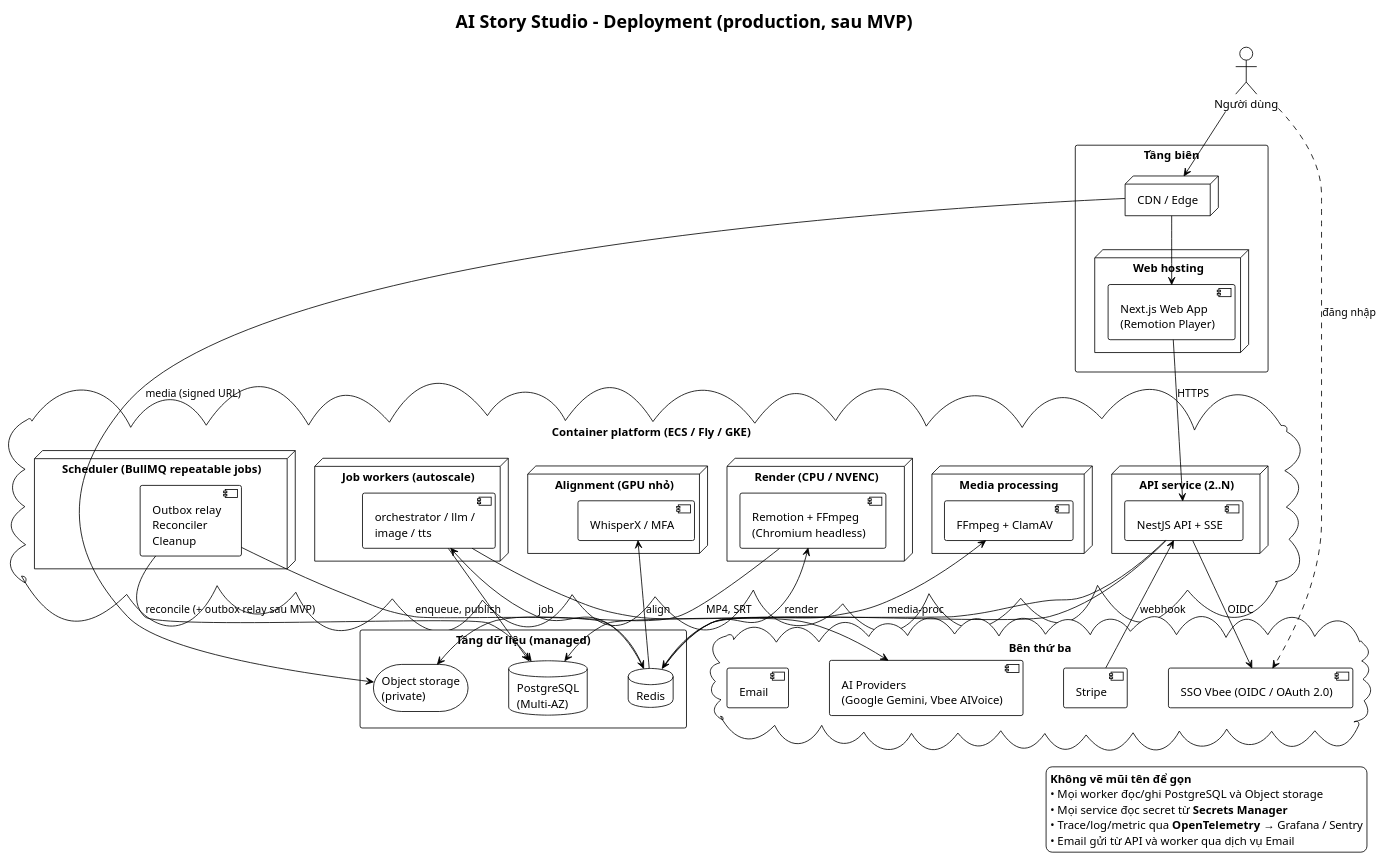
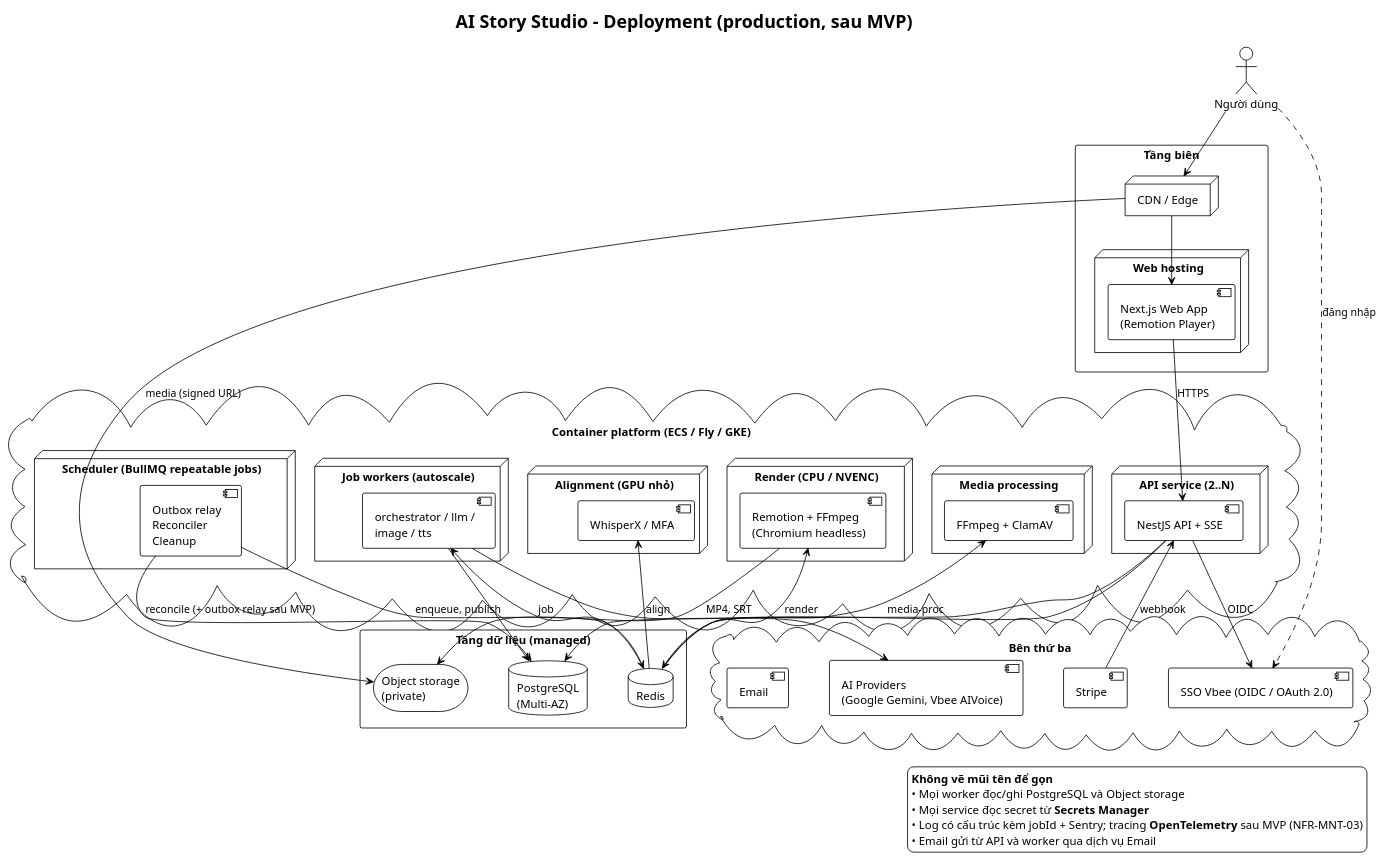
The diagram in demo-c2story/so-do/03-kien-truc/deployment.puml (202416852-anhpv/story2video-docs), drawn with PlantUML before and after one commit. The commit also changed 55 other files, not shown here.

```diff
--- a/demo-c2story/so-do/03-kien-truc/deployment.puml
+++ b/demo-c2story/so-do/03-kien-truc/deployment.puml
@@ -1,77 +1,77 @@
 @startuml Deployment
 !theme plain
 skinparam defaultFontName "Segoe UI"
 skinparam nodesep 50
 skinparam ranksep 50
 title AI Story Studio - Deployment (production, sau MVP)
 
 actor "Người dùng" as U
 
 rectangle "Tầng biên" {
     node "CDN / Edge" as cdn
     node "Web hosting" as webhost {
         component "Next.js Web App\n(Remotion Player)" as web
     }
 }
 
 cloud "Container platform (ECS / Fly / GKE)" {
     node "API service (2..N)" {
         component "NestJS API + SSE" as api
     }
     node "Scheduler (BullMQ repeatable jobs)" {
         component "Outbox relay\nReconciler\nCleanup" as sched
     }
     node "Job workers (autoscale)" {
         component "orchestrator / llm /\nimage / tts" as wk
     }
     node "Alignment (GPU nhỏ)" {
         component "WhisperX / MFA" as al
     }
     node "Media processing" {
         component "FFmpeg + ClamAV" as mp
     }
     node "Render (CPU / NVENC)" {
         component "Remotion + FFmpeg\n(Chromium headless)" as rw
     }
 }
 
 rectangle "Tầng dữ liệu (managed)" {
     database "PostgreSQL\n(Multi-AZ)" as pg
     database "Redis" as rd
     storage "Object storage\n(private)" as s3
 }
 
 cloud "Bên thứ ba" {
     component "SSO Vbee (OIDC / OAuth 2.0)" as sso
     component "Stripe" as stripe
     component "AI Providers\n(Google Gemini, Vbee AIVoice)" as ai
     component "Email" as mail
 }
 
 U --> cdn
 U ..> sso : đăng nhập
 cdn --> web
 cdn --> s3 : media (signed URL)
 web --> api : HTTPS
 api --> pg
 api --> rd
 api --> sso : OIDC
 stripe --> api : webhook
 sched --> pg : reconcile (+ outbox relay sau MVP)
 sched --> rd : enqueue, publish
 rd --> wk : job
 rd --> al : align
 rd --> mp : media-proc
 rd --> rw : render
 wk --> ai
 wk --> pg
 rw --> s3 : MP4, SRT
 
 legend right
   **Không vẽ mũi tên để gọn**
   • Mọi worker đọc/ghi PostgreSQL và Object storage
   • Mọi service đọc secret từ **Secrets Manager**
-  • Trace/log/metric qua **OpenTelemetry** → Grafana / Sentry
+  • Log có cấu trúc kèm jobId + Sentry; tracing **OpenTelemetry** sau MVP (NFR-MNT-03)
   • Email gửi từ API và worker qua dịch vụ Email
 endlegend
 @enduml
```
